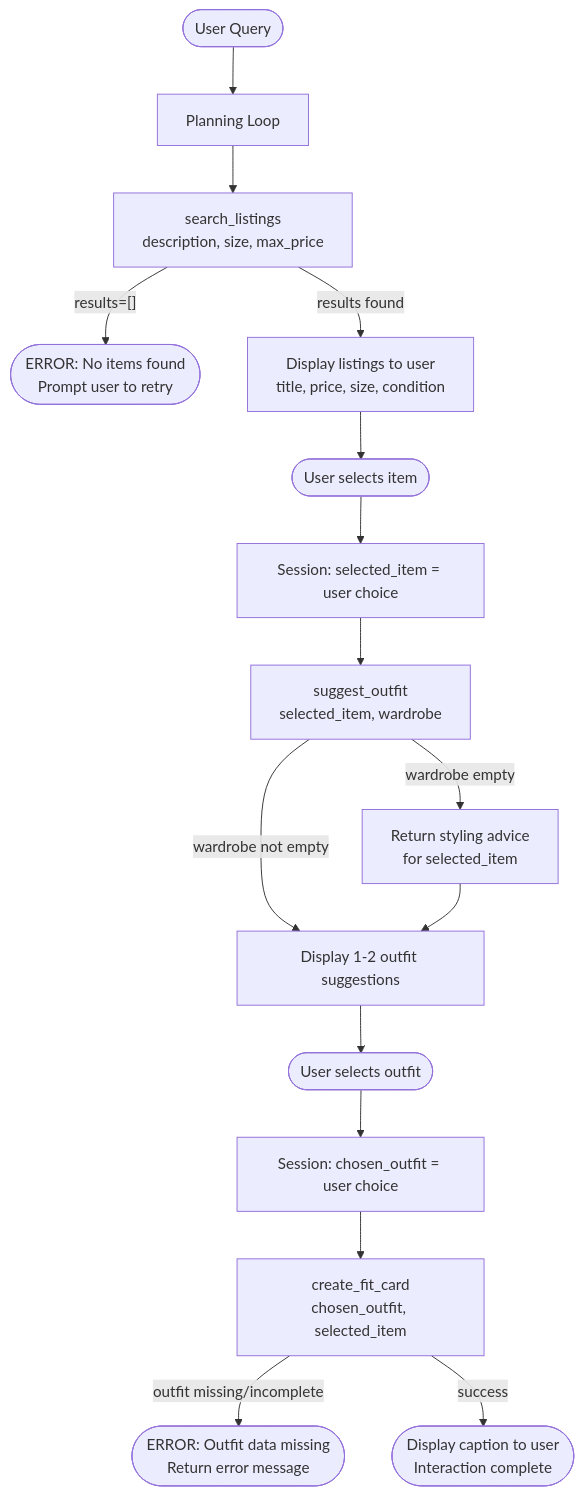
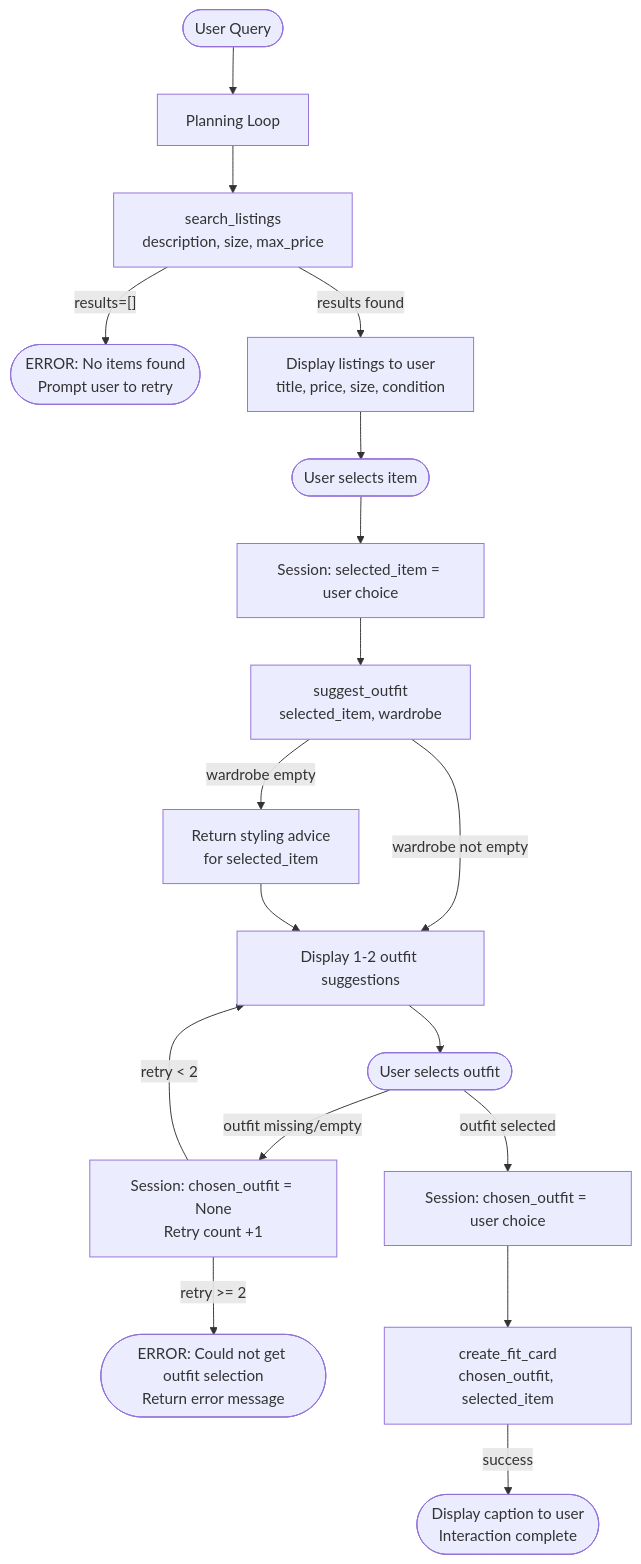
One commit to K3iye/ai201-project2-fitfindr-starter changed the diagram in planning.md. Above: the diagram before and after it, drawn with Mermaid. The commit also changed other lines of this file, not shown here.

````diff
--- a/planning.md
+++ b/planning.md
@@ -135,21 +135,24 @@
 ``` mermaid
 flowchart TD
     A([User Query]) --> B[Planning Loop]
 
     B --> C[search_listings\ndescription, size, max_price]
     C -- results=[] --> D([ERROR: No items found\nPrompt user to retry])
     C -- results found --> E[Display listings to user\ntitle, price, size, condition]
     E --> F([User selects item])
     F --> G[Session: selected_item = user choice]
 
     G --> H[suggest_outfit\nselected_item, wardrobe]
     H -- wardrobe empty --> I[Return styling advice\nfor selected_item]
     H -- wardrobe not empty --> J[Display 1-2 outfit suggestions]
     I --> J
     J --> K([User selects outfit])
-    K --> L[Session: chosen_outfit = user choice]
+    K -- outfit missing/empty --> L[Session: chosen_outfit = None\nRetry count +1]
+    L -- retry < 2 --> J
+    L -- retry >= 2 --> M([ERROR: Could not get outfit selection\nReturn error message])
+    K -- outfit selected --> N[Session: chosen_outfit = user choice]
 
-    L --> M[create_fit_card\nchosen_outfit, selected_item]
-    M -- outfit missing/incomplete --> N([ERROR: Outfit data missing\nReturn error message])
-    M -- success --> O([Display caption to user\nInteraction complete])
+    N --> O[create_fit_card\nchosen_outfit, selected_item]
+    O -- success --> P([Display caption to user\nInteraction complete])
+
 ```
````
